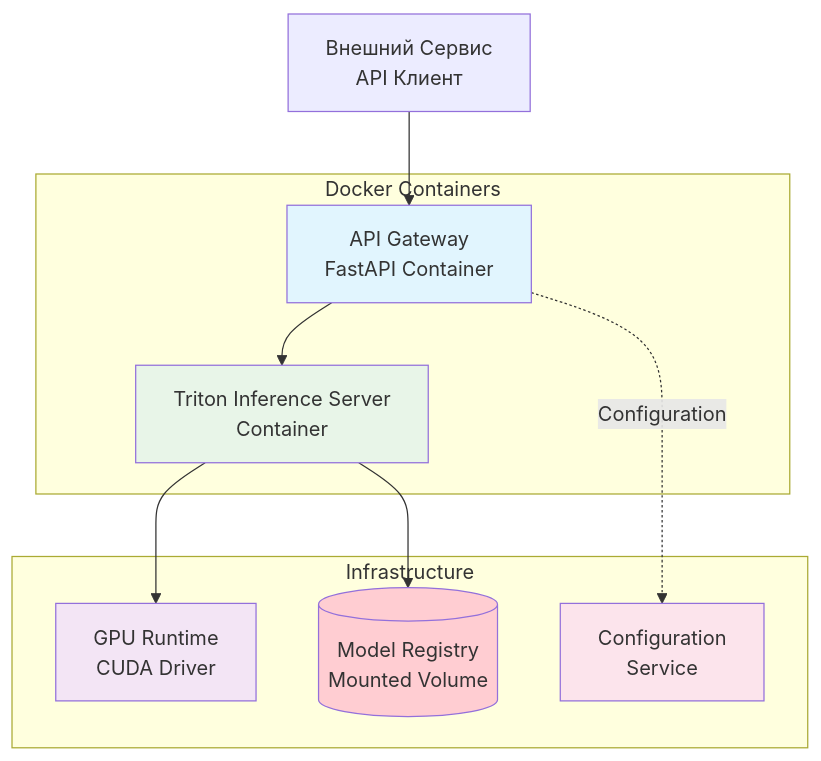
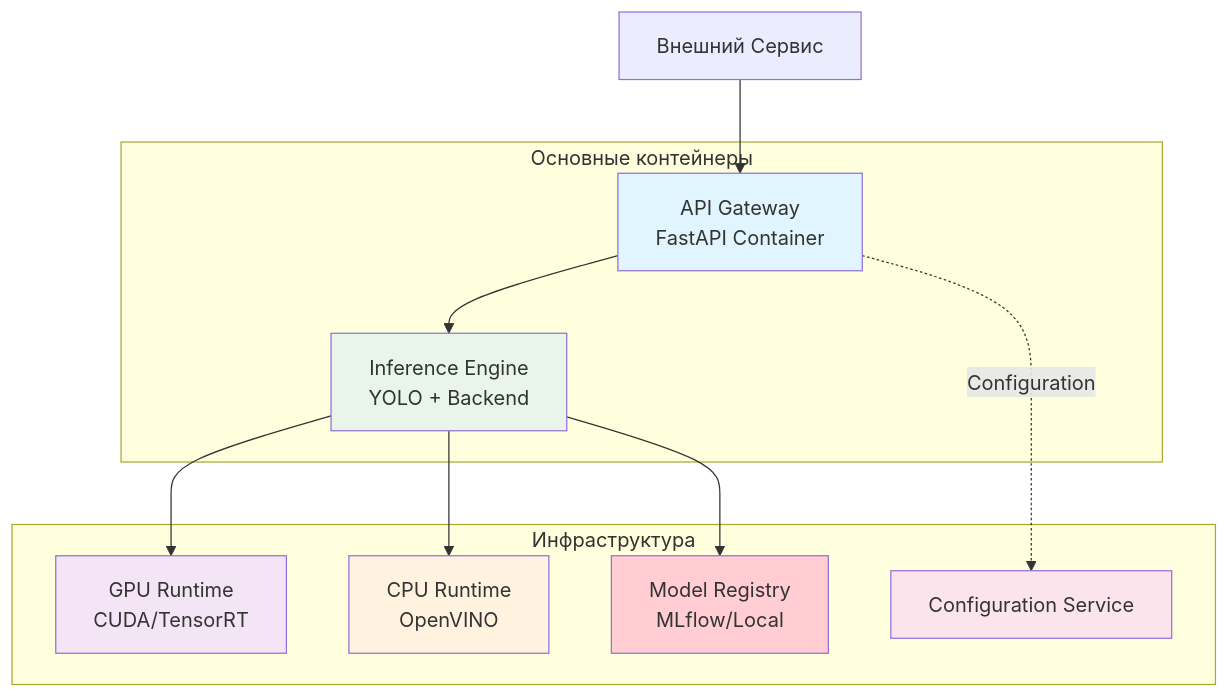
One commit to medphisiker/tbank_logo_detector changed the second of 3 diagrams in service/README.md. Above: the diagram before and after it, drawn with Mermaid. The commit also changed other lines of this file, not shown here.

First line of the commit message:
docs(service): обновить документацию архитектуры сервиса детекции логотипов

````diff
--- a/service/README.md
+++ b/service/README.md
@@ -96,28 +74,31 @@
 ```mermaid
 graph TB
-    Client[Внешний Сервис<br/>API Клиент] --> API[API Gateway<br/>FastAPI Container]
-
-    API --> Triton[Triton Inference Server<br/>Container]
-
-    Triton --> GPU[GPU Runtime<br/>CUDA Driver]
-    Triton --> Registry[(Model Registry<br/>Mounted Volume)]
-
-    API -.->|Configuration| Config[Configuration<br/>Service]
-
-    subgraph "Docker Containers"
+    Client[Внешний Сервис] --> API[API Gateway<br/>FastAPI Container]
+    
+    API --> Inference[Inference Engine<br/>YOLO + Backend]
+    
+    Inference --> GPU[GPU Runtime<br/>CUDA/TensorRT]
+    Inference --> CPU[CPU Runtime<br/>OpenVINO]
+    Inference --> Registry[Model Registry<br/>MLflow/Local]
+    
+    API -.->|Configuration| Config[Configuration Service]
+    
+    subgraph "Основные контейнеры"
         API
-        Triton
+        Inference
     end
-
-    subgraph "Infrastructure"
+    
+    subgraph "Инфраструктура"
         GPU
+        CPU
         Registry
         Config
     end
-
+    
     style API fill:#e1f5fe
-    style Triton fill:#e8f5e8
+    style Inference fill:#e8f5e8
     style GPU fill:#f3e5f5
+    style CPU fill:#fff3e0
     style Registry fill:#ffcdd2
     style Config fill:#fce4ec
 ```
````
